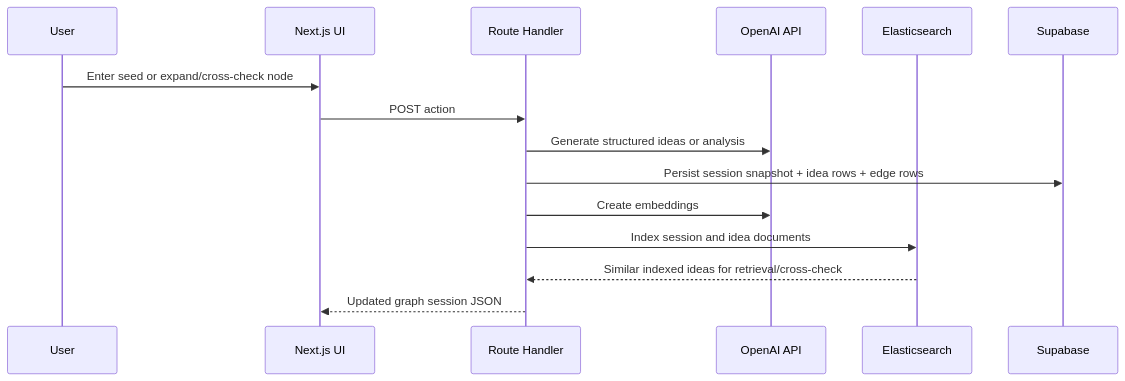
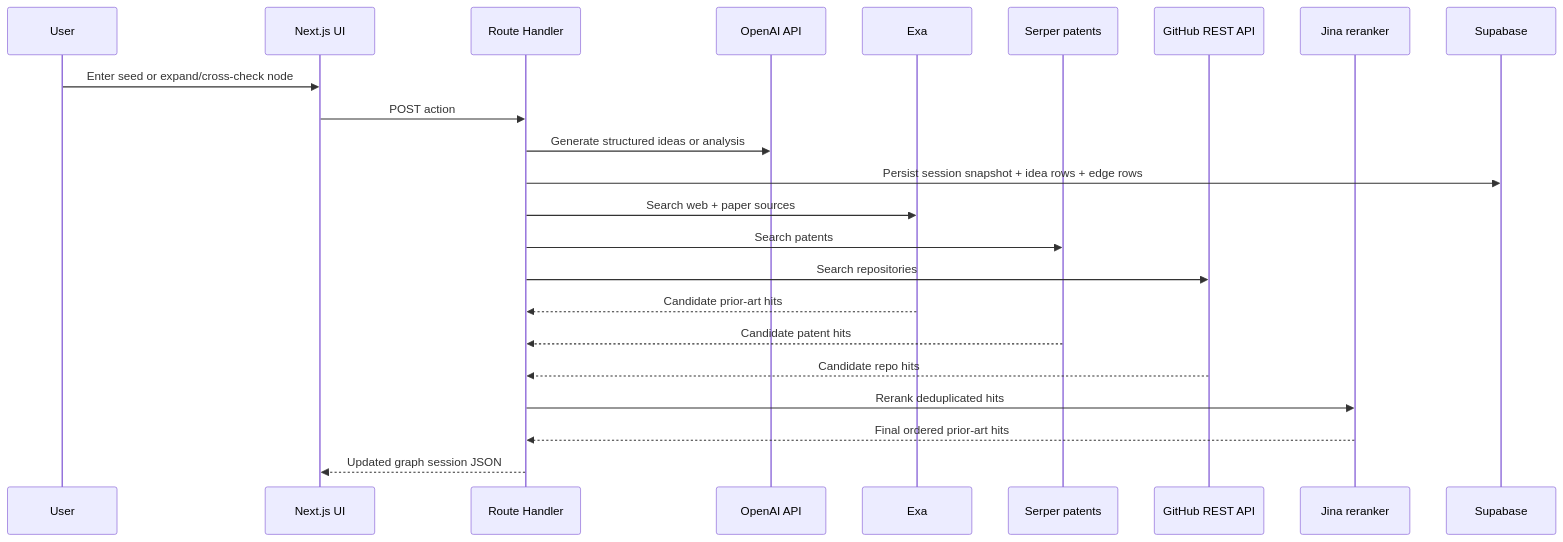
One commit to frank-shen-07/Synaptic changed the second of 2 diagrams in docs/architecture.md. Above: the diagram before and after it, drawn with Mermaid. The commit also changed other lines of this file and 11 other files, not shown here.

Commit message:
added Exa, patent, GitHub cross checks and Jina reranking

````diff
--- a/docs/architecture.md
+++ b/docs/architecture.md
@@ -26,18 +31,26 @@
 ```mermaid
 sequenceDiagram
     participant User
     participant UI as Next.js UI
     participant API as Route Handler
     participant OpenAI as OpenAI API
-    participant Elastic as Elasticsearch
+    participant Exa as Exa
+    participant Serper as Serper patents
+    participant GitHub as GitHub REST API
+    participant Jina as Jina reranker
     participant Supabase as Supabase
 
     User->>UI: Enter seed or expand/cross-check node
     UI->>API: POST action
     API->>OpenAI: Generate structured ideas or analysis
     API->>Supabase: Persist session snapshot + idea rows + edge rows
-    API->>OpenAI: Create embeddings
-    API->>Elastic: Index session and idea documents
-    Elastic-->>API: Similar indexed ideas for retrieval/cross-check
+    API->>Exa: Search web + paper sources
+    API->>Serper: Search patents
+    API->>GitHub: Search repositories
+    Exa-->>API: Candidate prior-art hits
+    Serper-->>API: Candidate patent hits
+    GitHub-->>API: Candidate repo hits
+    API->>Jina: Rerank deduplicated hits
+    Jina-->>API: Final ordered prior-art hits
     API-->>UI: Updated graph session JSON
 ```
````
